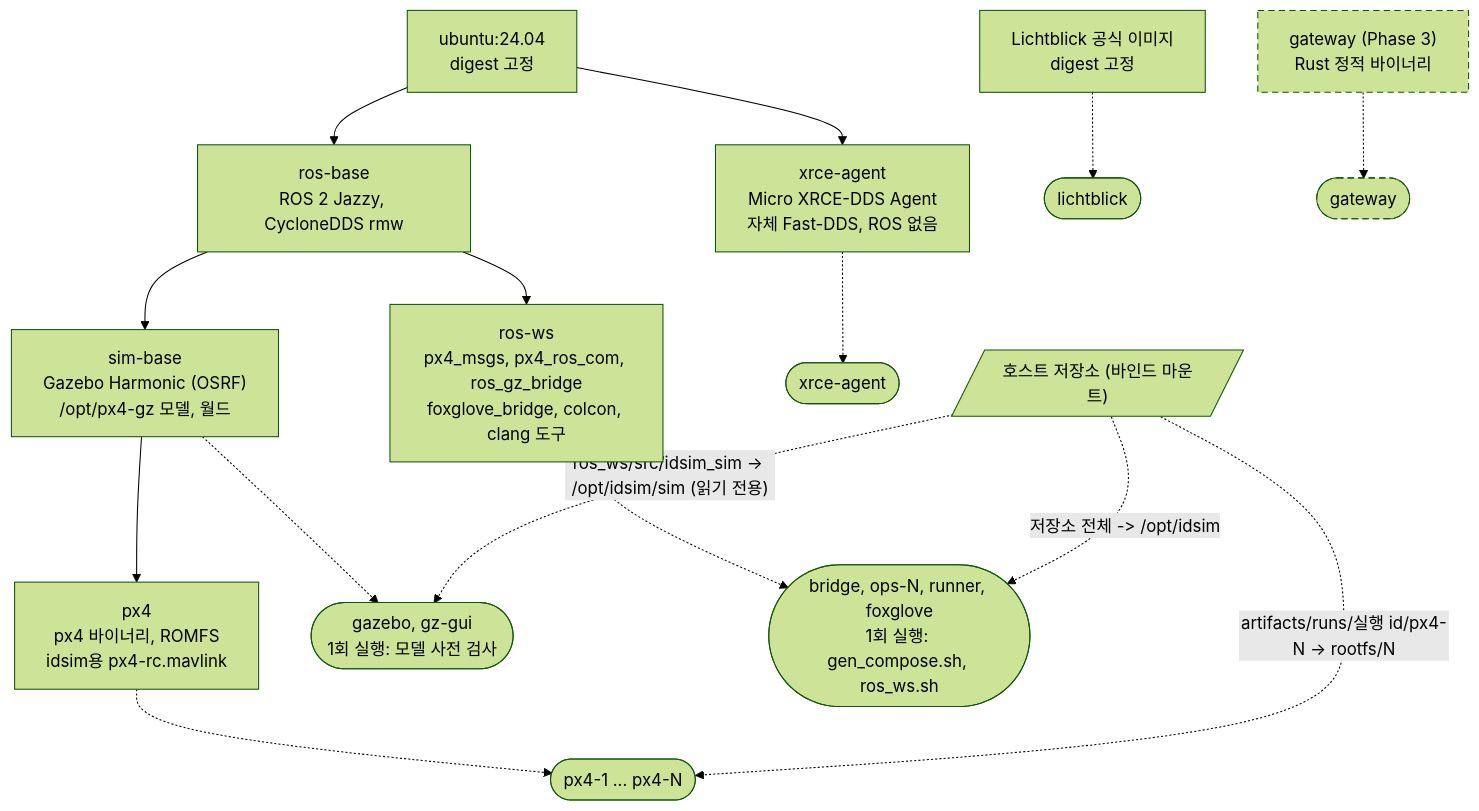
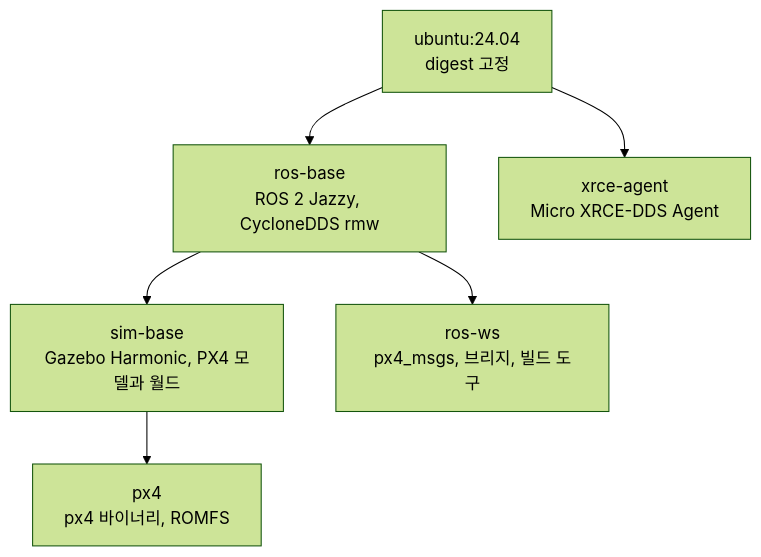
One commit to danielhongwoo/idsim changed the eighth of 8 diagrams in docs/architecture.md. Above: the diagram before and after it, drawn with Mermaid (forest theme). The commit also changed other lines of this file and 1 other file, not shown here.

````diff
--- a/docs/architecture.md
+++ b/docs/architecture.md
@@ -307,39 +402,15 @@
 ```mermaid
 flowchart TB
   UB["ubuntu:24.04<br/>digest 고정"]
   RB["ros-base<br/>ROS 2 Jazzy, CycloneDDS rmw"]
-  SB["sim-base<br/>Gazebo Harmonic (OSRF)<br/>/opt/px4-gz 모델, 월드"]
-  PXI["px4<br/>px4 바이너리, ROMFS<br/>idsim용 px4-rc.mavlink"]
-  WS["ros-ws<br/>px4_msgs, px4_ros_com, ros_gz_bridge<br/>foxglove_bridge, colcon, clang 도구"]
-  XA["xrce-agent<br/>Micro XRCE-DDS Agent<br/>자체 Fast-DDS, ROS 없음"]
-  LBI["Lichtblick 공식 이미지<br/>digest 고정"]
-  GWI["gateway (Phase 3)<br/>Rust 정적 바이너리"]
+  SB["sim-base<br/>Gazebo Harmonic, PX4 모델과 월드"]
+  PXI["px4<br/>px4 바이너리, ROMFS"]
+  WS["ros-ws<br/>px4_msgs, 브리지, 빌드 도구"]
+  XA["xrce-agent<br/>Micro XRCE-DDS Agent"]
 
   UB --> RB
   RB --> SB
   SB --> PXI
   RB --> WS
   UB --> XA
-
-  S_GZ(["gazebo, gz-gui<br/>1회 실행: 모델 사전 검사"])
-  S_PX(["px4-1 ... px4-N"])
-  S_WS(["bridge, ops-N, runner, foxglove<br/>1회 실행: gen_compose.sh, ros_ws.sh"])
-  S_XA(["xrce-agent"])
-  S_LB(["lichtblick"])
-  S_GW(["gateway"])
-
-  SB -.-> S_GZ
-  PXI -.-> S_PX
-  WS -.-> S_WS
-  XA -.-> S_XA
-  LBI -.-> S_LB
-  GWI -.-> S_GW
-
-  REPO[/"호스트 저장소 (바인드 마운트)"/]
-  REPO -.->|"ros_ws/src/idsim_sim -> /opt/idsim/sim (읽기 전용)"| S_GZ
-  REPO -.->|"artifacts/runs/실행 id/px4-N -> rootfs/N"| S_PX
-  REPO -.->|"저장소 전체 -> /opt/idsim"| S_WS
-
-  classDef later stroke-dasharray: 6 4
-  class GWI,S_GW later
 ```
````
